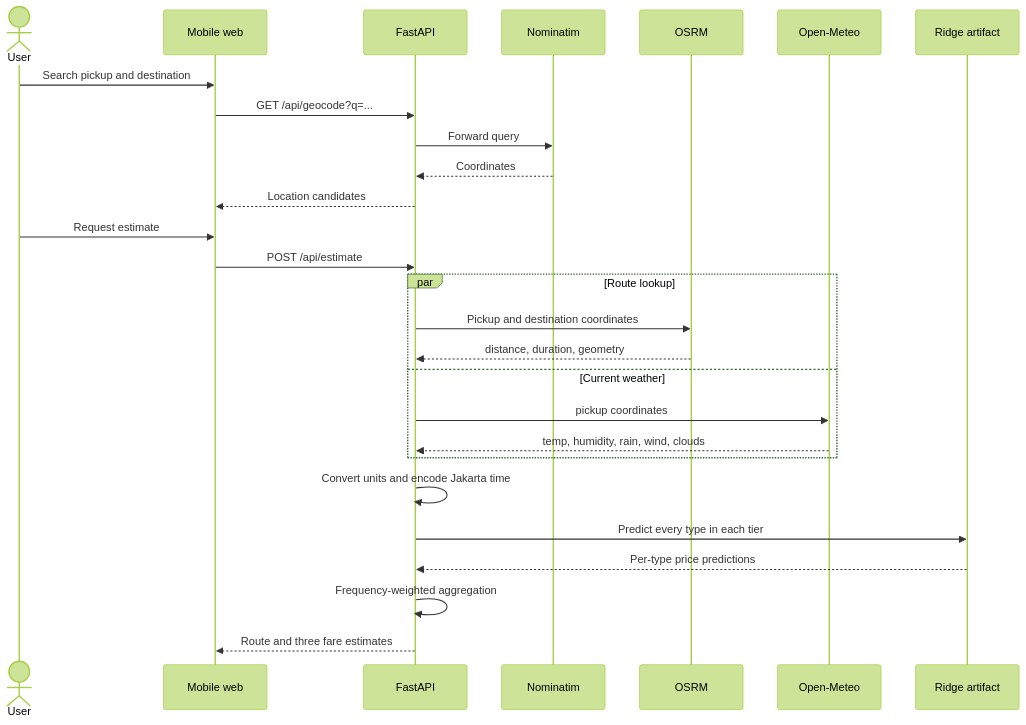
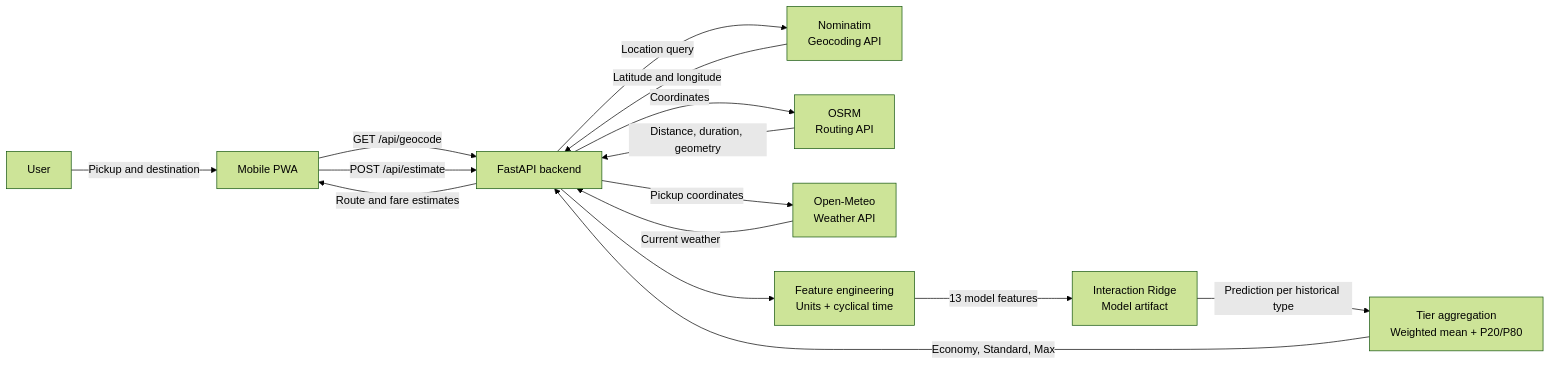
One commit to zzeiidann/Grabiez changed the diagram in README.md. Above: the diagram before and after it, drawn with Mermaid (forest theme). The commit also changed 1 other file, not shown here.

Commit message:
docs: add box-based system architecture flowchart

````diff
--- a/README.md
+++ b/README.md
@@ -59,31 +59,27 @@
 ```mermaid
-sequenceDiagram
-    actor User
-    participant Web as Mobile web
-    participant API as FastAPI
-    participant Geo as Nominatim
-    participant Route as OSRM
-    participant Weather as Open-Meteo
-    participant Model as Ridge artifact
+flowchart LR
+    User[User]
+    Web[Mobile PWA]
+    API[FastAPI backend]
+    Geo[Nominatim<br/>Geocoding API]
+    Route[OSRM<br/>Routing API]
+    Weather[Open-Meteo<br/>Weather API]
+    FE[Feature engineering<br/>Units + cyclical time]
+    Model[Interaction Ridge<br/>Model artifact]
+    Aggregate[Tier aggregation<br/>Weighted mean + P20/P80]
 
-    User->>Web: Search pickup and destination
-    Web->>API: GET /api/geocode?q=...
-    API->>Geo: Forward query
-    Geo-->>API: Coordinates
-    API-->>Web: Location candidates
-
-    User->>Web: Request estimate
-    Web->>API: POST /api/estimate
-    par Route lookup
-        API->>Route: Pickup and destination coordinates
-        Route-->>API: distance, duration, geometry
-    and Current weather
-        API->>Weather: pickup coordinates
-        Weather-->>API: temp, humidity, rain, wind, clouds
-    end
-    API->>API: Convert units and encode Jakarta time
-    API->>Model: Predict every type in each tier
-    Model-->>API: Per-type price predictions
-    API->>API: Frequency-weighted aggregation
-    API-->>Web: Route and three fare estimates
+    User -->|Pickup and destination| Web
+    Web -->|GET /api/geocode| API
+    API -->|Location query| Geo
+    Geo -->|Latitude and longitude| API
+    Web -->|POST /api/estimate| API
+    API -->|Coordinates| Route
+    Route -->|Distance, duration, geometry| API
+    API -->|Pickup coordinates| Weather
+    Weather -->|Current weather| API
+    API --> FE
+    FE -->|13 model features| Model
+    Model -->|Prediction per historical type| Aggregate
+    Aggregate -->|Economy, Standard, Max| API
+    API -->|Route and fare estimates| Web
 ```
````
